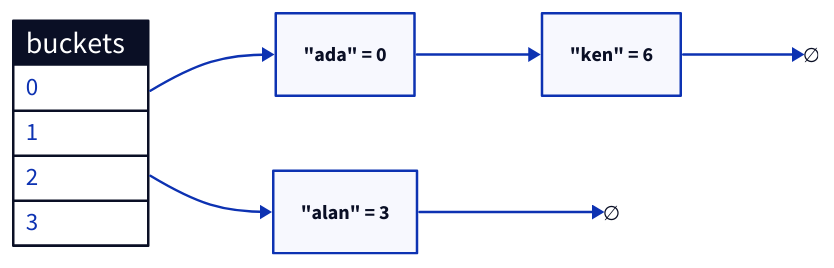
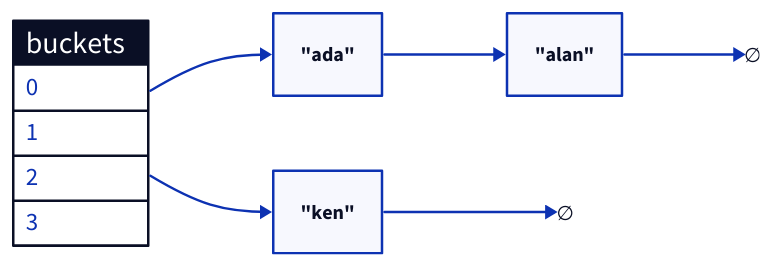
One commit to michael-duren/rubber-duck changed the first of 4 diagrams in courses/build-a-hashmap-c.md. Above: the diagram before and after it, drawn with D2. The commit also changed other lines of this file and 15 other files, not shown here.

````diff
--- a/courses/build-a-hashmap-c.md
+++ b/courses/build-a-hashmap-c.md
@@ -233,17 +235,17 @@
 ```d2
 direction: right
 buckets: buckets {
   shape: sql_table
   "0"
   "1"
   "2"
   "3"
 }
-n1: "\"ada\" = 0"
-n2: "\"ken\" = 6"
-n3: "\"alan\" = 3"
-buckets."1" -> n1 -> n2 -> x1
-buckets."3" -> n3 -> x2
+n1: "\"ada\""
+n3: "\"alan\""
+n2: "\"ken\""
+buckets."3" -> n1 -> n3 -> x1
+buckets."1" -> n2 -> x2
 x1: "∅" { shape: text }
 x2: "∅" { shape: text }
 ```
````
